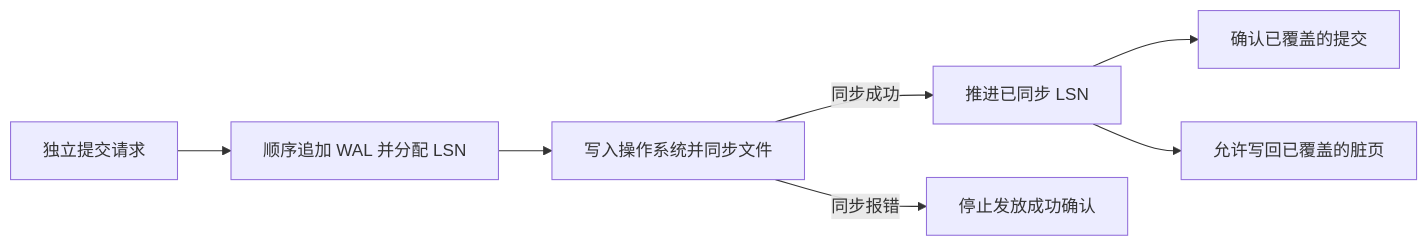
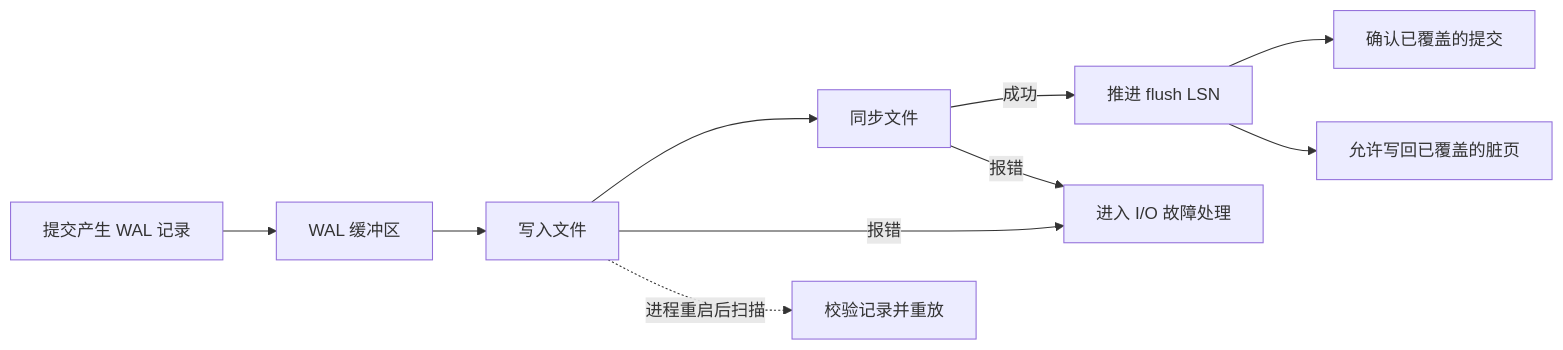
The first of 2 diagrams in days/week-02-storage/day-009-wal-group-commit/README.md (lliusshijjie/ArchDesign), drawn with Mermaid before and after one commit. The commit also changed other lines of this file and 3 other files, not shown here.

````diff
--- a/days/week-02-storage/day-009-wal-group-commit/README.md
+++ b/days/week-02-storage/day-009-wal-group-commit/README.md
@@ -42,9 +72,12 @@
 ```mermaid
 flowchart LR
-    A[独立提交请求] --> B[顺序追加 WAL 并分配 LSN]
-    B --> C[写入操作系统并同步文件]
-    C -->|同步成功| D[推进已同步 LSN]
-    D --> E[确认已覆盖的提交]
-    D --> F[允许写回已覆盖的脏页]
-    C -->|同步报错| G[停止发放成功确认]
+    A[提交产生 WAL 记录] --> B[WAL 缓冲区]
+    B --> C[写入文件]
+    C --> D[同步文件]
+    D -->|成功| E[推进 flush LSN]
+    E --> F[确认已覆盖的提交]
+    E --> G[允许写回已覆盖的脏页]
+    C -->|报错| H[进入 I/O 故障处理]
+    D -->|报错| H
+    C -. 进程重启后扫描 .-> I[校验记录并重放]
 ```
````
